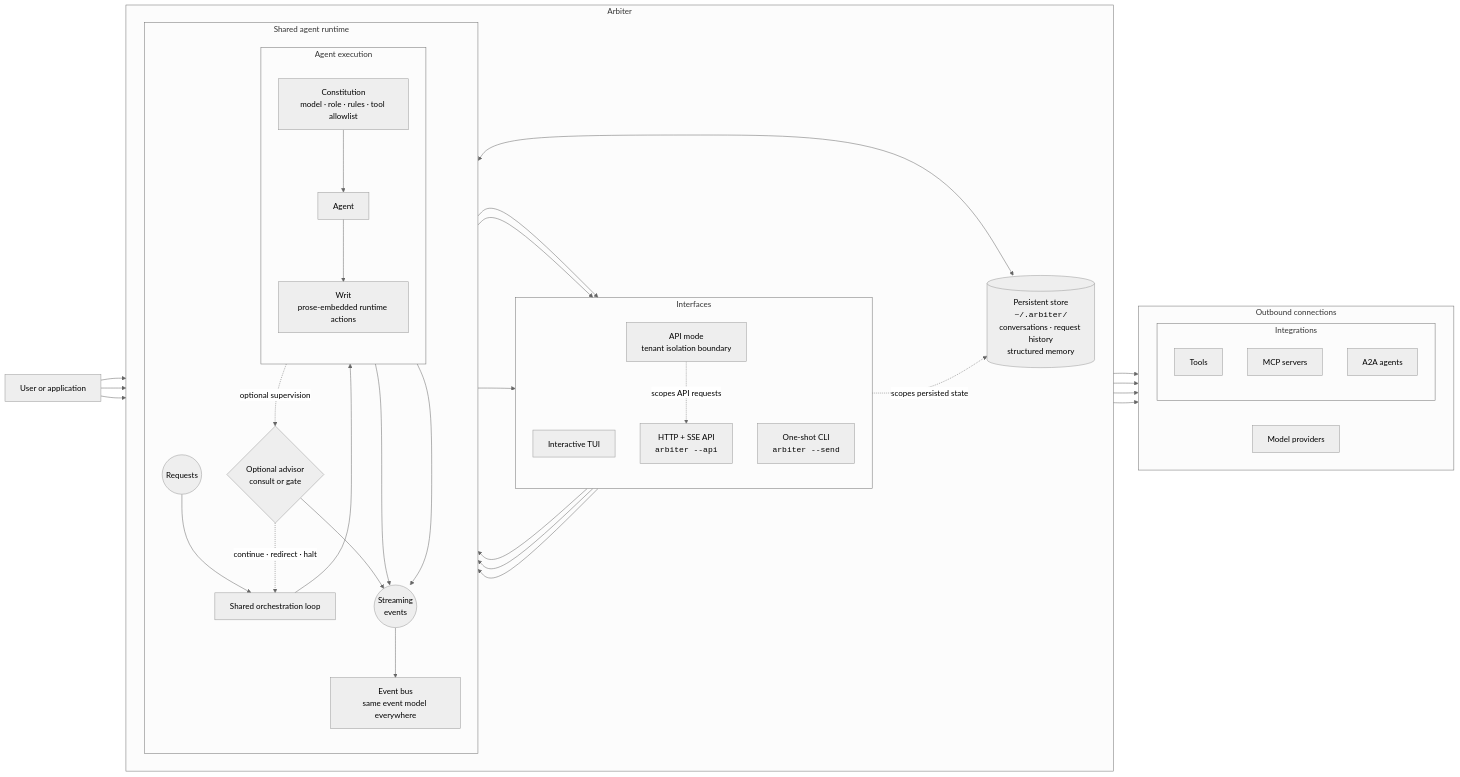
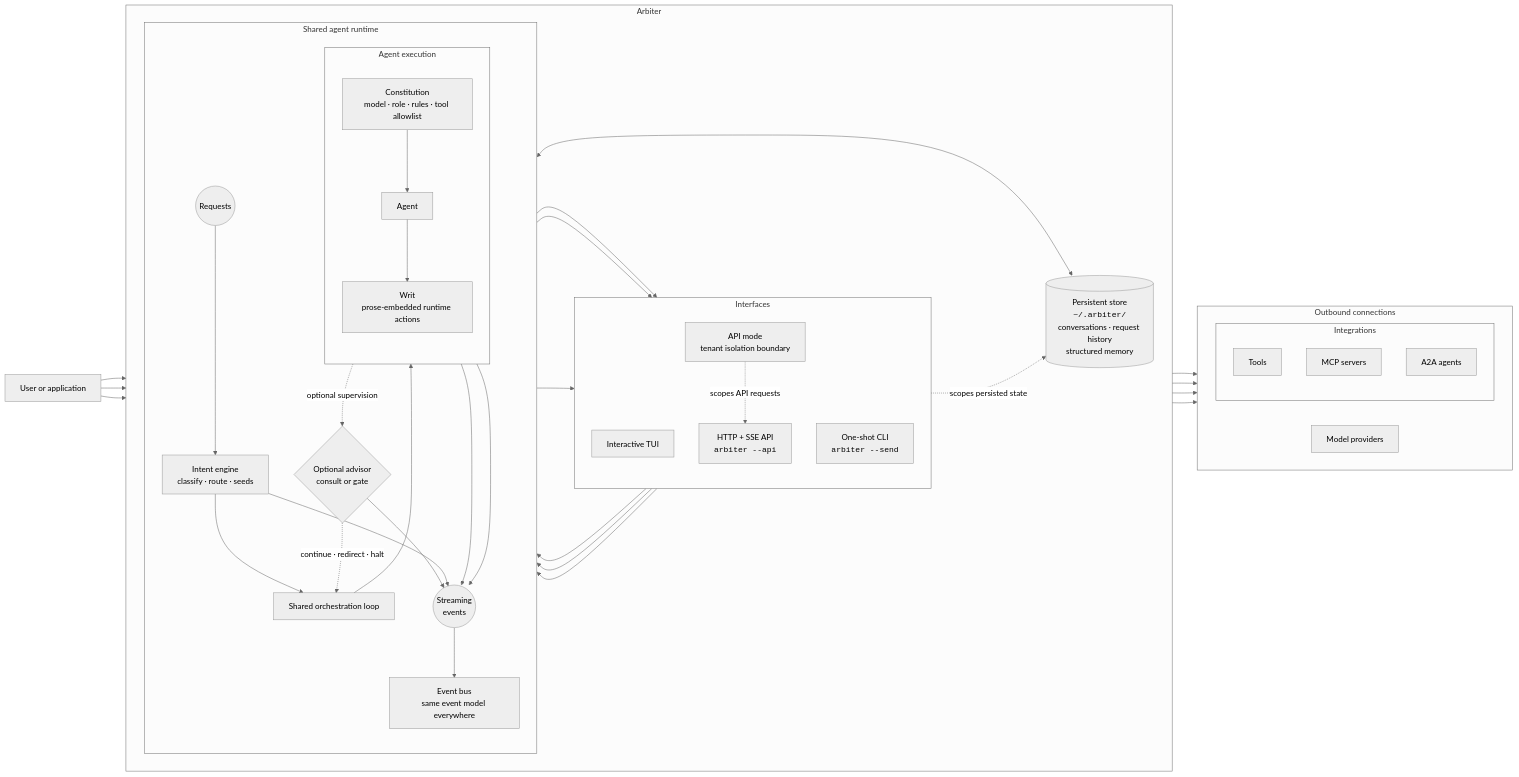
The diagram in docs/concepts/architecture.md (tylerreckart/arbiter), drawn with Mermaid (neutral theme) before and after one commit. The commit also changed other lines of this file and 32 other files, not shown here.

First line of the commit message:
Add pre-dispatch intent classify/route for orchestration ingress.

```diff
--- a/docs/concepts/architecture.md
+++ b/docs/concepts/architecture.md
@@ -30,6 +30,8 @@
 
             REQUESTS(("Requests"))
 
+            INTENT["Intent engine<br/>classify · route · seeds"]
+
             ORCHESTRATION["Shared orchestration loop"]
 
             subgraph EXECUTION["Agent execution"]
@@ -48,7 +50,8 @@
 
             EVENT_BUS["Event bus<br/>same event model everywhere"]
 
-            REQUESTS --> ORCHESTRATION
+            REQUESTS --> INTENT
+            INTENT --> ORCHESTRATION
             ORCHESTRATION --> AGENT
 
             CONSTITUTION --> AGENT
@@ -60,6 +63,7 @@
             AGENT -. optional supervision .-> ADVISOR
             ADVISOR -. continue · redirect · halt .-> ORCHESTRATION
             ADVISOR --> EVENTS
+            INTENT --> EVENTS
 
             EVENTS --> EVENT_BUS
         end
```
